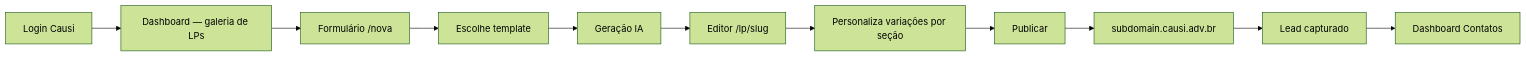
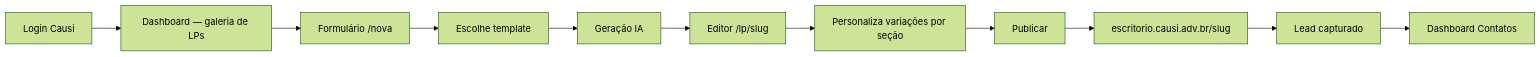
Before and after one commit to aceleracaojuridica/gerador-lp.causi.adv.br: the diagram in docs/decisions/prd.md, drawn with Mermaid (forest theme). The commit also changed other lines of this file and 21 other files, not shown here.

````diff
--- a/docs/decisions/prd.md
+++ b/docs/decisions/prd.md
@@ -92,13 +92,13 @@
 ```mermaid
 flowchart LR
   A[Login Causi] --> B[Dashboard — galeria de LPs]
   B --> C[Formulário /nova]
   C --> D[Escolhe template]
   D --> E[Geração IA]
   E --> F[Editor /lp/slug]
   F --> G[Personaliza variações por seção]
   G --> H[Publicar]
-  H --> I[subdomain.causi.adv.br]
+  H --> I[escritorio.causi.adv.br/slug]
   I --> J[Lead capturado]
   J --> K[Dashboard Contatos]
 ```
````
